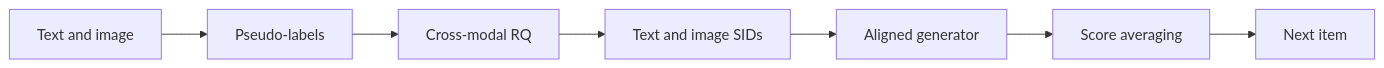
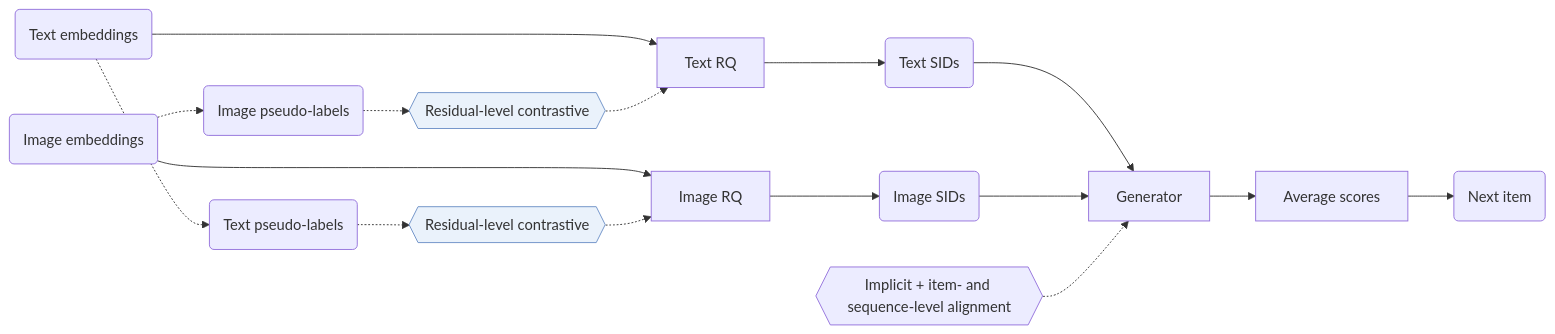
The diagram in notes/macrec.md (Galaxy-ghost/Awesome-SID-Generative-Rec), drawn with Mermaid before and after one commit. The commit also changed 521 other files, not shown here.

Commit message:
writer-04 part 3: algorithm diagrams with shared shape conventions, README hero and paper cards, archive removed

````diff
--- a/notes/macrec.md
+++ b/notes/macrec.md
@@ -15,9 +15,19 @@
 ```mermaid
 flowchart LR
-    A[Text and image] --> B[Pseudo-labels]
-    B --> C[Cross-modal RQ]
-    C --> D[Text and image SIDs]
-    D --> E[Aligned generator]
-    E --> F[Score averaging]
-    F --> G[Next item]
+    A("Text embeddings") --> C["Text RQ"]
+    B("Image embeddings") --> D["Image RQ"]
+    A -.-> PT("Text pseudo-labels")
+    B -.-> PI("Image pseudo-labels")
+    PI -.-> L1{{"Residual-level contrastive"}}:::key
+    PT -.-> L2{{"Residual-level contrastive"}}:::key
+    L1 -.-> C
+    L2 -.-> D
+    C --> E("Text SIDs")
+    D --> F("Image SIDs")
+    E --> G["Generator"]
+    F --> G
+    L3{{"Implicit + item- and sequence-level alignment"}} -.-> G
+    G --> H["Average scores"]
+    H --> I("Next item")
+    classDef key fill:#eaf2fb,stroke:#6b8fc7
 ```
````
